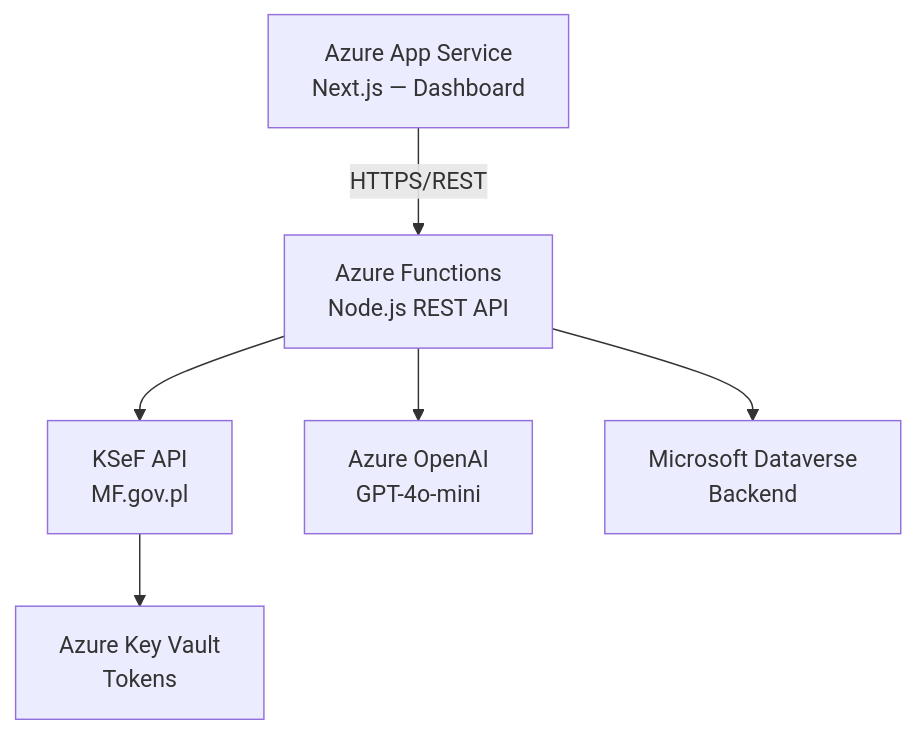
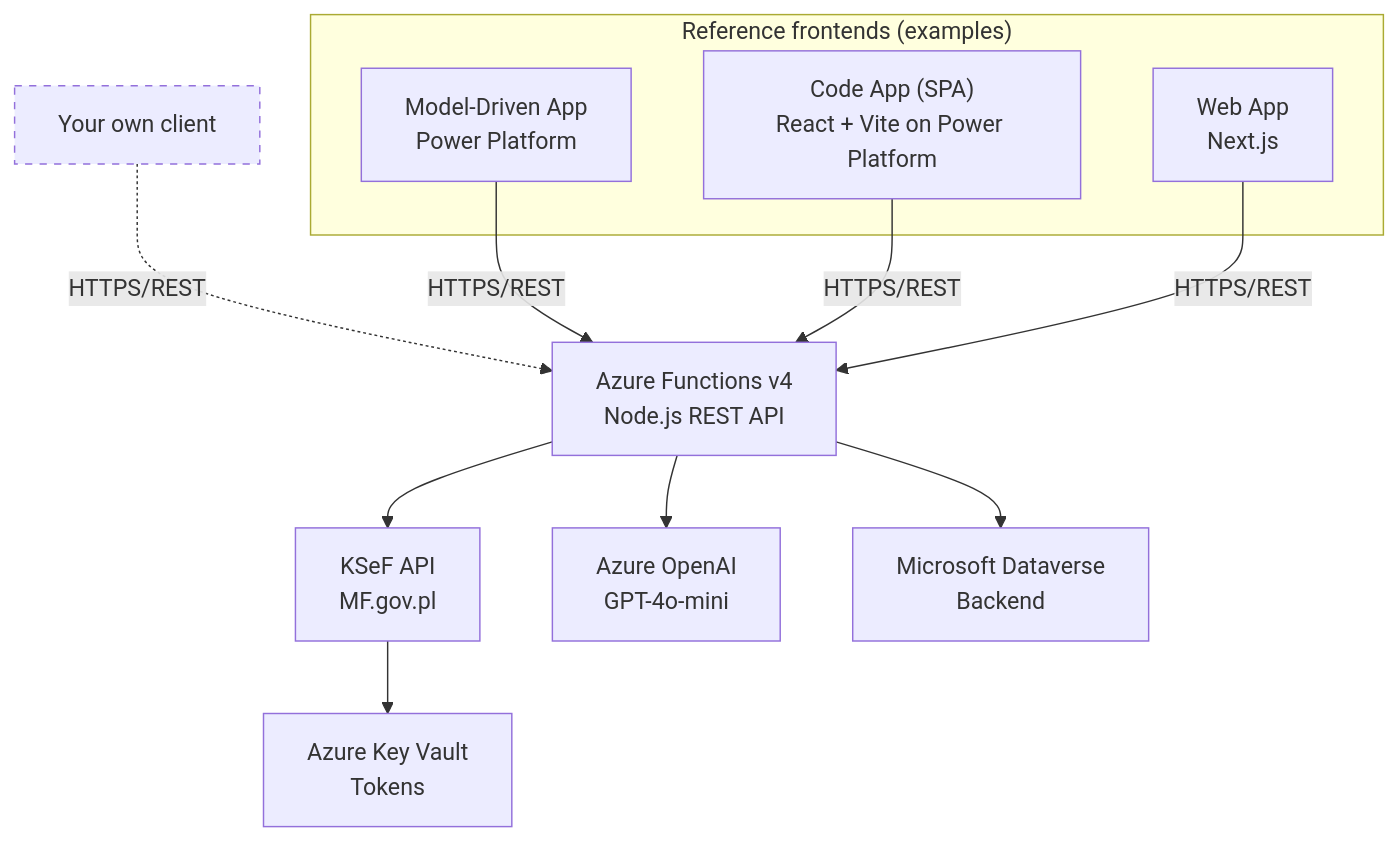
One commit to Developico/KSeF-Copilot changed the diagram in README.en.md. Above: the diagram before and after it, drawn with Mermaid. The commit also changed other lines of this file and 1 other file, not shown here.

Commit message:
docs: update READMEs with API-First philosophy, multi-frontend diagram, reference implementation labels

````diff
--- a/README.en.md
+++ b/README.en.md
@@ -35,8 +35,17 @@
 ```mermaid
 graph TB
-    AppService["Azure App Service<br/>Next.js — Dashboard"] -->|HTTPS/REST| Functions["Azure Functions<br/>Node.js REST API"]
+    subgraph Refs["Reference frontends (examples)"]
+        MDA["Model-Driven App<br/>Power Platform"]
+        CodeApp["Code App (SPA)<br/>React + Vite on Power Platform"]
+        WebApp["Web App<br/>Next.js"]
+    end
+    CustomClient["Your own client"]:::dashed -.->|HTTPS/REST| Functions
+    MDA -->|HTTPS/REST| Functions["Azure Functions v4<br/>Node.js REST API"]
+    CodeApp -->|HTTPS/REST| Functions
+    WebApp -->|HTTPS/REST| Functions
     Functions --> KSeF["KSeF API<br/>MF.gov.pl"]
     Functions --> OpenAI["Azure OpenAI<br/>GPT-4o-mini"]
     Functions --> Dataverse["Microsoft Dataverse<br/>Backend"]
     KSeF --> KeyVault["Azure Key Vault<br/>Tokens"]
+    classDef dashed stroke-dasharray: 5 5
 ```
````
